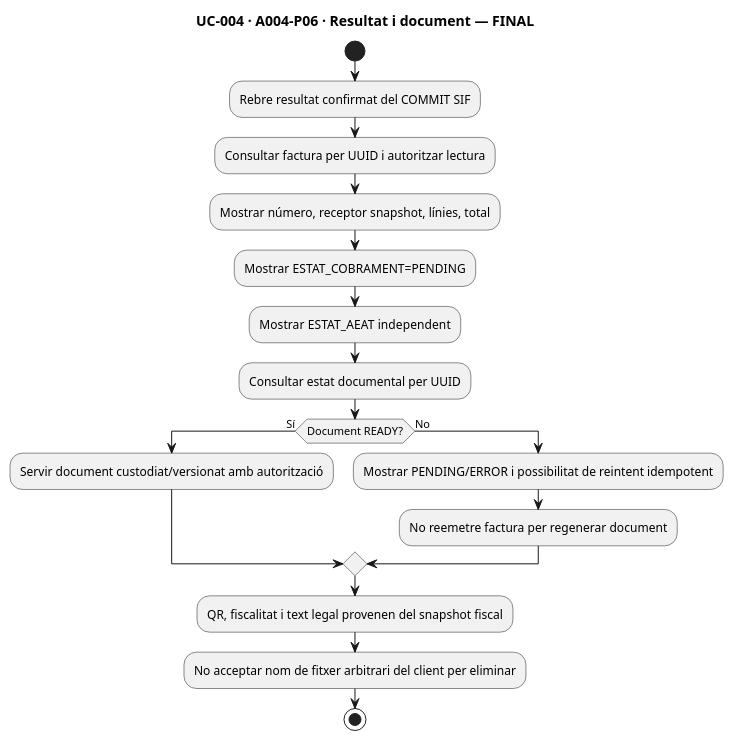
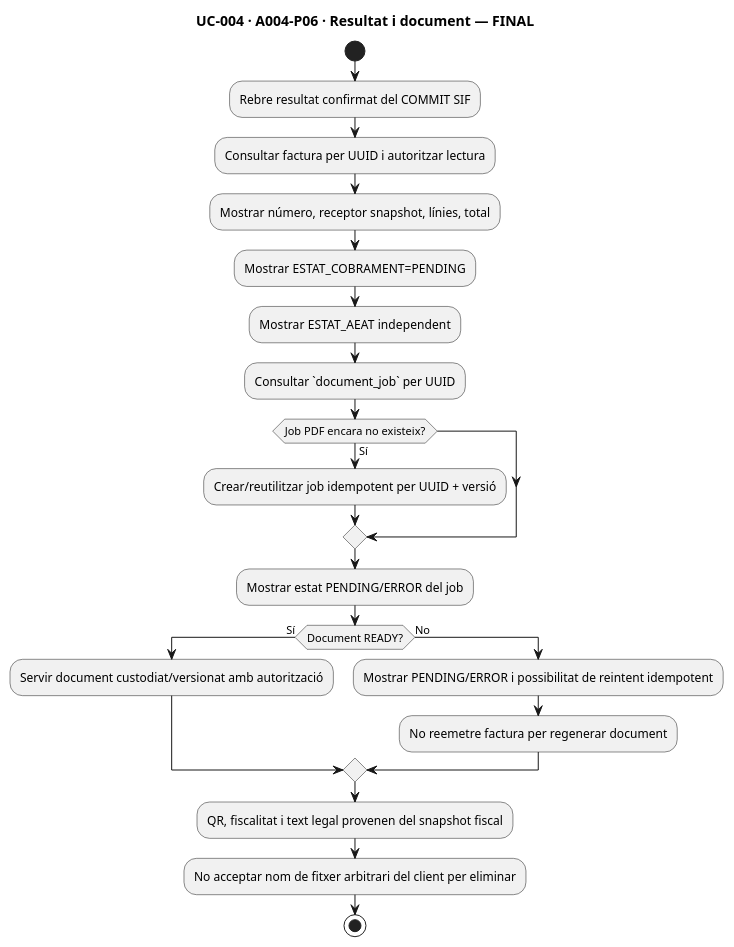
One commit to orgmeriemprismacat-del/verifactu changed diagram 14 of 14 in documentacio/07-uml-integrat/uc-004-activitats-actual-final.md. Above: the diagram before and after it, drawn with PlantUML. The commit also changed other lines of this file, not shown here.

Commit message:
docs(uc-004): actualitzar activitats amb estat document_job

````diff
--- a/documentacio/07-uml-integrat/uc-004-activitats-actual-final.md
+++ b/documentacio/07-uml-integrat/uc-004-activitats-actual-final.md
@@ -495,21 +495,25 @@
 ```plantuml
 @startuml
 title UC-004 · A004-P06 · Resultat i document — FINAL
 start
 :Rebre resultat confirmat del COMMIT SIF;
 :Consultar factura per UUID i autoritzar lectura;
 :Mostrar número, receptor snapshot, línies, total;
 :Mostrar ESTAT_COBRAMENT=PENDING;
 :Mostrar ESTAT_AEAT independent;
-:Consultar estat documental per UUID;
+:Consultar `document_job` per UUID;
+if (Job PDF encara no existeix?) then (Sí)
+  :Crear/reutilitzar job idempotent per UUID + versió;
+endif
+:Mostrar estat PENDING/ERROR del job;
 if (Document READY?) then (Sí)
   :Servir document custodiat/versionat amb autorització;
 else (No)
   :Mostrar PENDING/ERROR i possibilitat de reintent idempotent;
   :No reemetre factura per regenerar document;
 endif
 :QR, fiscalitat i text legal provenen del snapshot fiscal;
 :No acceptar nom de fitxer arbitrari del client per eliminar;
 stop
 @enduml
 ```
````
